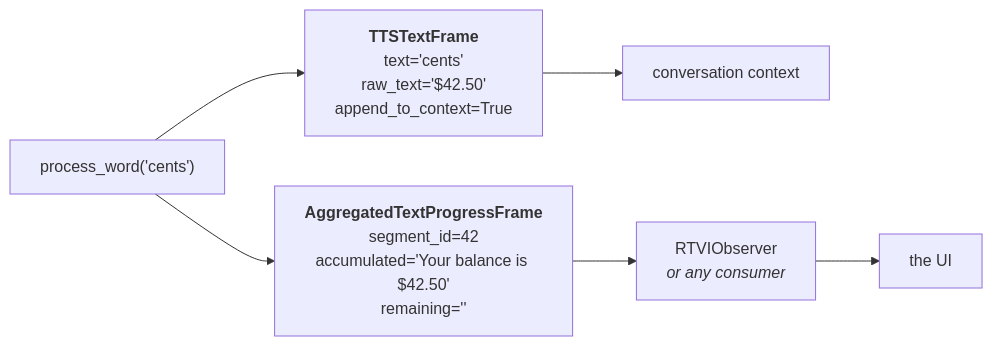
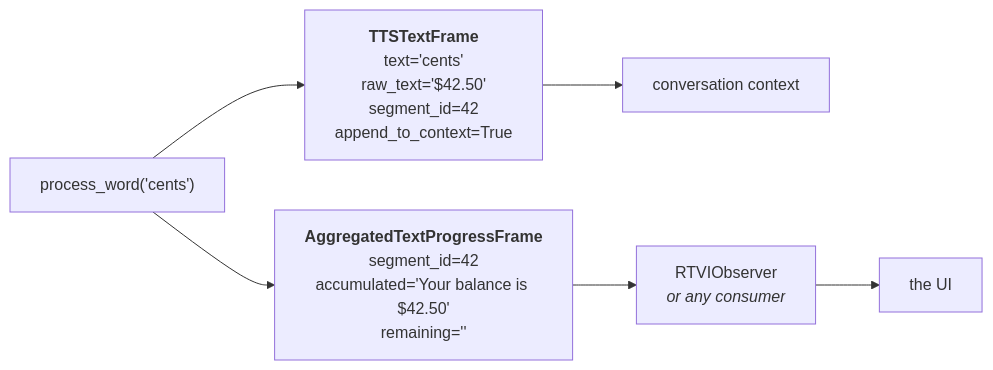
The first of 2 diagrams in docs/architecture/word-trecking/aggregated-frame-sequencer.md (dograh-hq/pipecat), drawn with Mermaid before and after one commit. The commit also changed other lines of this file and 1216 other files, not shown here.

````diff
--- a/docs/architecture/word-trecking/aggregated-frame-sequencer.md
+++ b/docs/architecture/word-trecking/aggregated-frame-sequencer.md
@@ -33,7 +33,7 @@
 ```mermaid
 flowchart LR
-    PW["process_word('cents')"] --> TF["<b>TTSTextFrame</b><br/>text='cents'<br/>raw_text='$42.50'<br/>append_to_context=True"]
+    PW["process_word('cents')"] --> TF["<b>TTSTextFrame</b><br/>text='cents'<br/>raw_text='$42.50'<br/>segment_id=42<br/>append_to_context=True"]
     PW --> PF["<b>AggregatedTextProgressFrame</b><br/>segment_id=42<br/>accumulated='Your balance is $42.50'<br/>remaining=''"]
     TF --> CTX["conversation context"]
     PF --> OBS["RTVIObserver<br/><i>or any consumer</i>"] --> CLIENT["the UI"]
 ```
````
